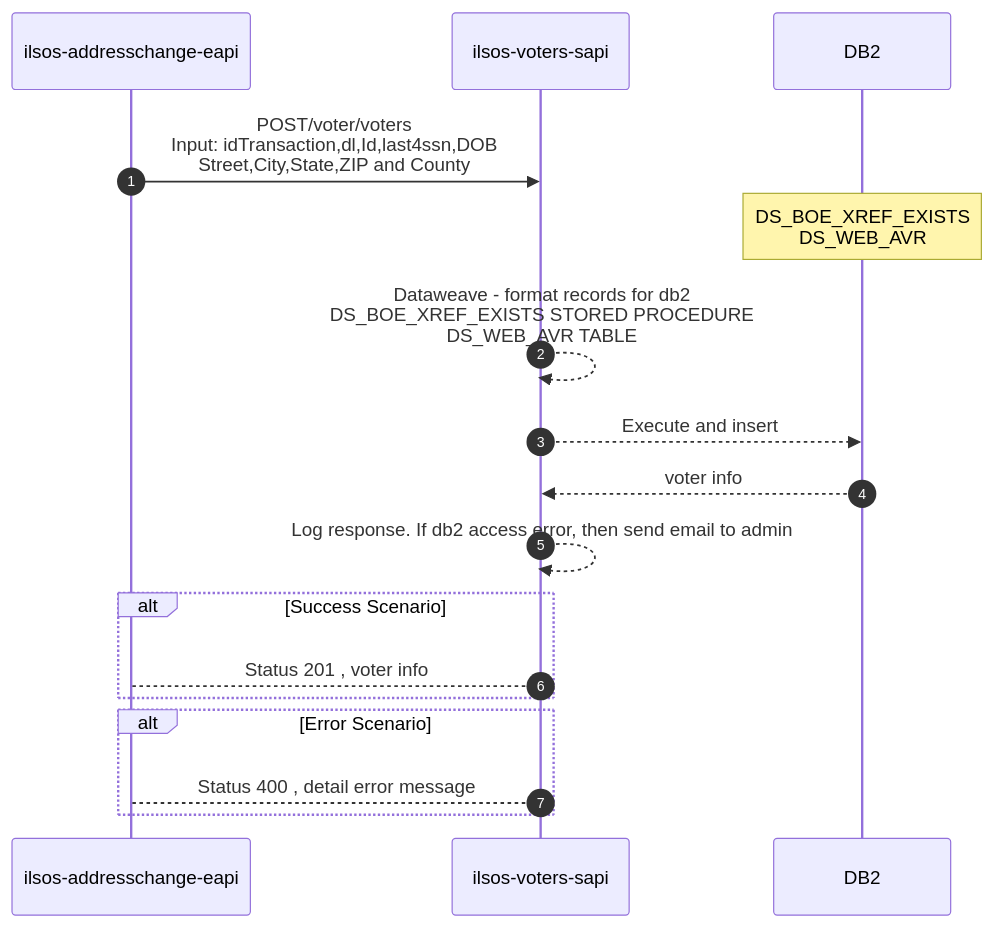
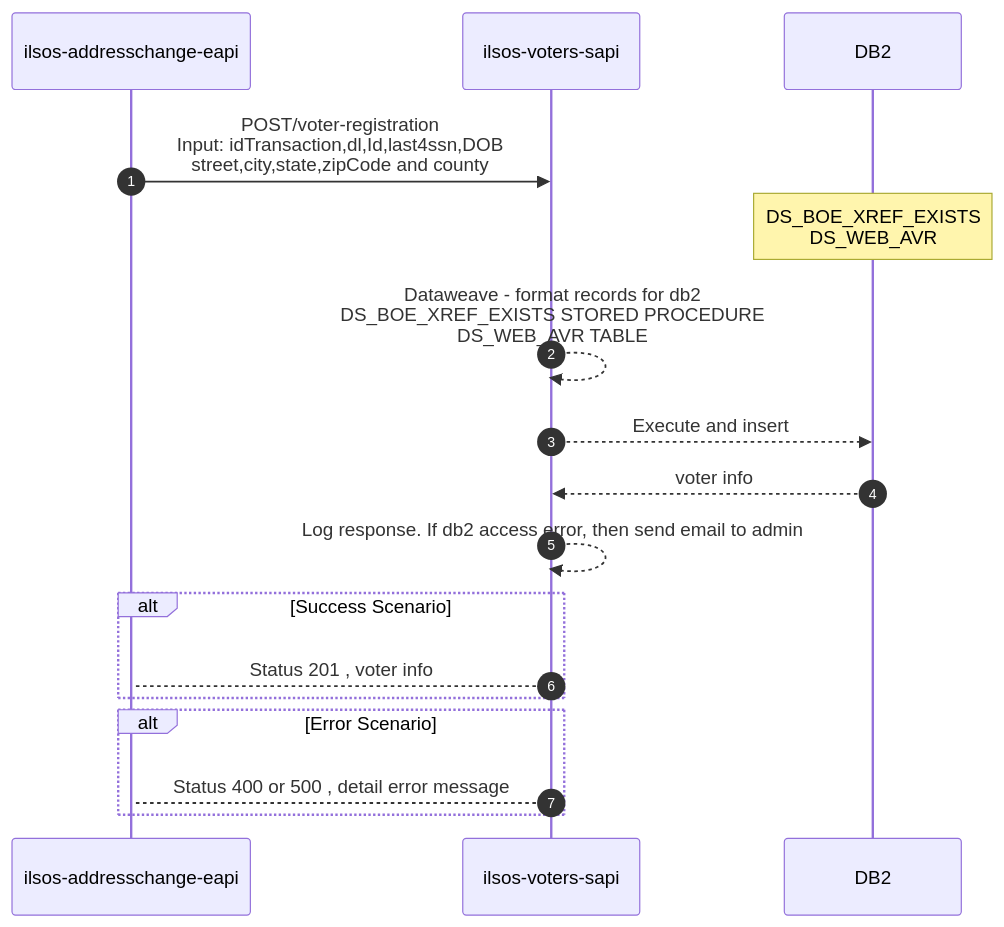
The diagram in README.md (acme-devs/ilsos-voters-sapi), drawn with Mermaid before and after one commit. The commit also changed other lines of this file, not shown here.

````diff
--- a/README.md
+++ b/README.md
@@ -25,20 +25,20 @@
 ```mermaid
 sequenceDiagram
     autonumber
     participant eapi as ilsos-addresschange-eapi
     participant api as ilsos-voters-sapi
     participant db2 as DB2
     
-    eapi->>api:POST/voter/voters <br>Input: idTransaction,dl,Id,last4ssn,DOB<br>Street,City,State,ZIP and County
+    eapi->>api:POST/voter-registration <br>Input: idTransaction,dl,Id,last4ssn,DOB<br>street,city,state,zipCode and county
     note over db2:DS_BOE_XREF_EXISTS<br>DS_WEB_AVR
     api-->>api:Dataweave - format records for db2<BR> DS_BOE_XREF_EXISTS STORED PROCEDURE<br>DS_WEB_AVR TABLE
     api-->>db2: Execute and insert 
     db2-->>api: voter info
     api-->>api:Log response. If db2 access error, then send email to admin
     alt Success Scenario 
         api-->eapi: Status 201 , voter info
     end
     alt Error Scenario 
-        api-->eapi: Status 400 , detail error message
+        api-->eapi: Status 400 or 500 , detail error message
     end
   ```
````
